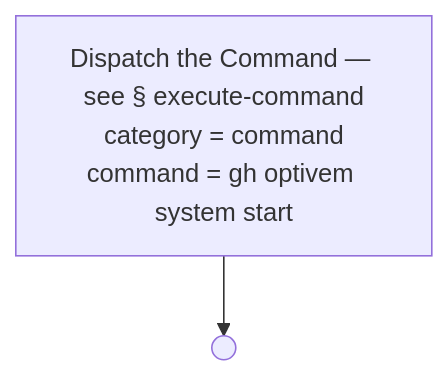
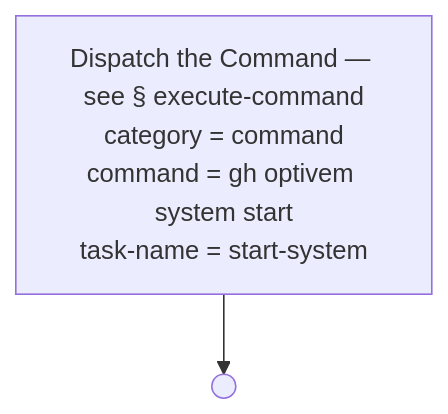
Diagram 39 of 51 in docs/process-diagram.md (optivem/gh-optivem), drawn with Mermaid before and after one commit. The commit also changed other lines of this file and 6 other files, not shown here.

Commit message:
atdd: regenerate process-flow diagram

````diff
--- a/docs/process-diagram.md
+++ b/docs/process-diagram.md
@@ -711,7 +711,7 @@
 ```mermaid
 flowchart TD
-    EXECUTE_COMMAND["Dispatch the Command — see § execute-command<br/>category = command<br/>command = gh optivem system start"]
+    EXECUTE_COMMAND["Dispatch the Command — see § execute-command<br/>category = command<br/>command = gh optivem system start<br/>task-name = start-system"]
     START_SYS_END(( ))
 
     EXECUTE_COMMAND --> START_SYS_END
 ```
````
